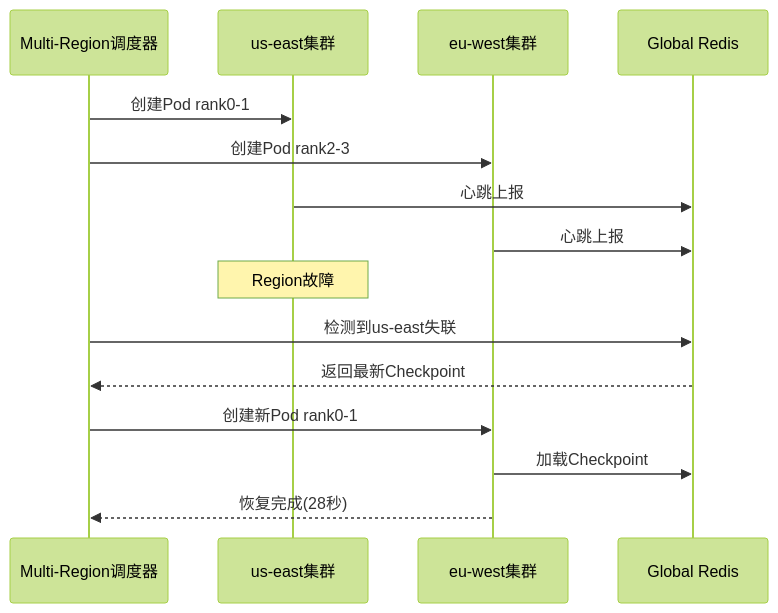
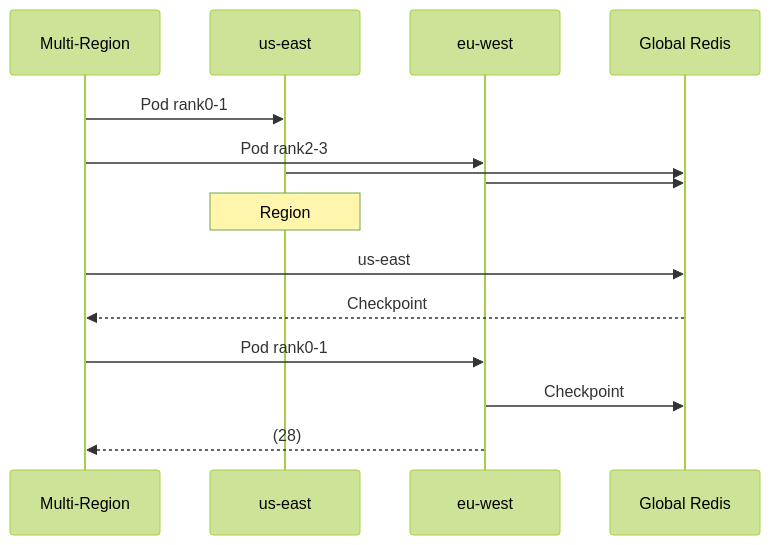
One commit to Xuqing0415/hermes-cosmos changed the second of 2 diagrams in PROJECT_COMPLETE.md. Above: the diagram before and after it, drawn with Mermaid (forest theme). The commit also changed other lines of this file and 365 other files, not shown here.

````diff
--- a/PROJECT_COMPLETE.md
+++ b/PROJECT_COMPLETE.md
@@ -101,19 +101,19 @@
 ```mermaid
 sequenceDiagram
-    participant Scheduler as Multi-Region调度器
-    participant USEast as us-east集群
-    participant EUWest as eu-west集群
+    participant Scheduler as Multi-Region
+    participant USEast as us-east
+    participant EUWest as eu-west
     participant Redis as Global Redis
     
-    Scheduler->>USEast: 创建Pod rank0-1
-    Scheduler->>EUWest: 创建Pod rank2-3
-    USEast->>Redis: 心跳上报
-    EUWest->>Redis: 心跳上报
+    Scheduler->>USEast: Pod rank0-1
+    Scheduler->>EUWest: Pod rank2-3
+    USEast->>Redis: 
+    EUWest->>Redis: 
     
-    Note over USEast: Region故障
-    Scheduler->>Redis: 检测到us-east失联
-    Redis-->>Scheduler: 返回最新Checkpoint
-    Scheduler->>EUWest: 创建新Pod rank0-1
-    EUWest->>Redis: 加载Checkpoint
-    EUWest-->>Scheduler: 恢复完成(28秒)
+    Note over USEast: Region
+    Scheduler->>Redis: us-east
+    Redis-->>Scheduler: Checkpoint
+    Scheduler->>EUWest: Pod rank0-1
+    EUWest->>Redis: Checkpoint
+    EUWest-->>Scheduler: (28)
 ```
````
